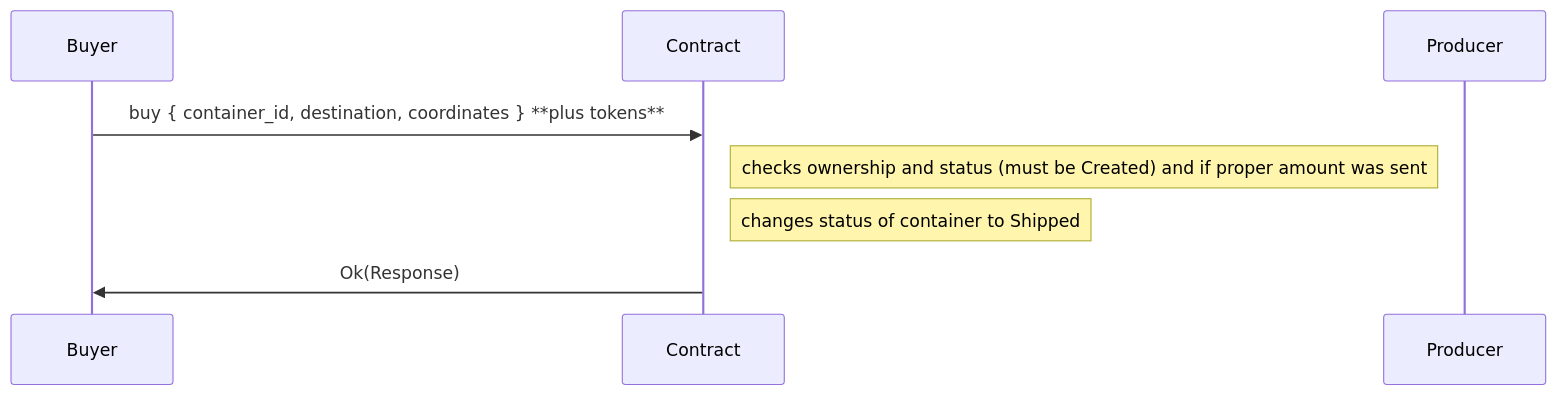
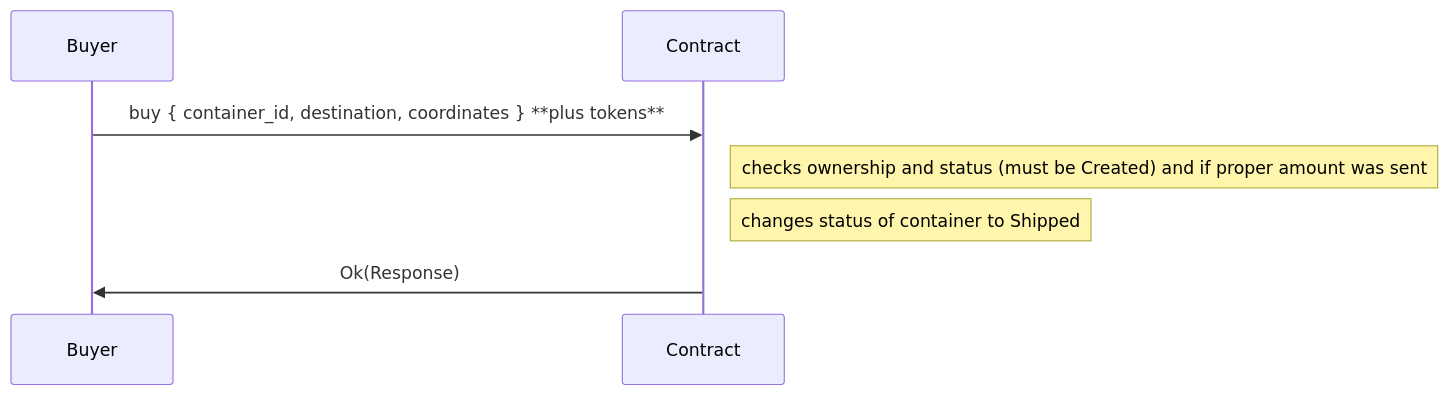
One commit to Hydrochain/hydrochain-contracts changed the fourth of 11 diagrams in DESIGN.md. Above: the diagram before and after it, drawn with Mermaid. The commit also changed other lines of this file, not shown here.

````diff
--- a/DESIGN.md
+++ b/DESIGN.md
@@ -38,10 +38,9 @@
 ```mermaid
 sequenceDiagram
   participant Buyer
   participant Contract
-  participant Producer
   Buyer->>Contract: buy { container_id, destination, coordinates } **plus tokens**
   note right of Contract: checks ownership and status (must be Created) and if proper amount was sent
   note right of Contract: changes status of container to Shipped
   Contract->>Buyer: Ok(Response)
 ```
````
